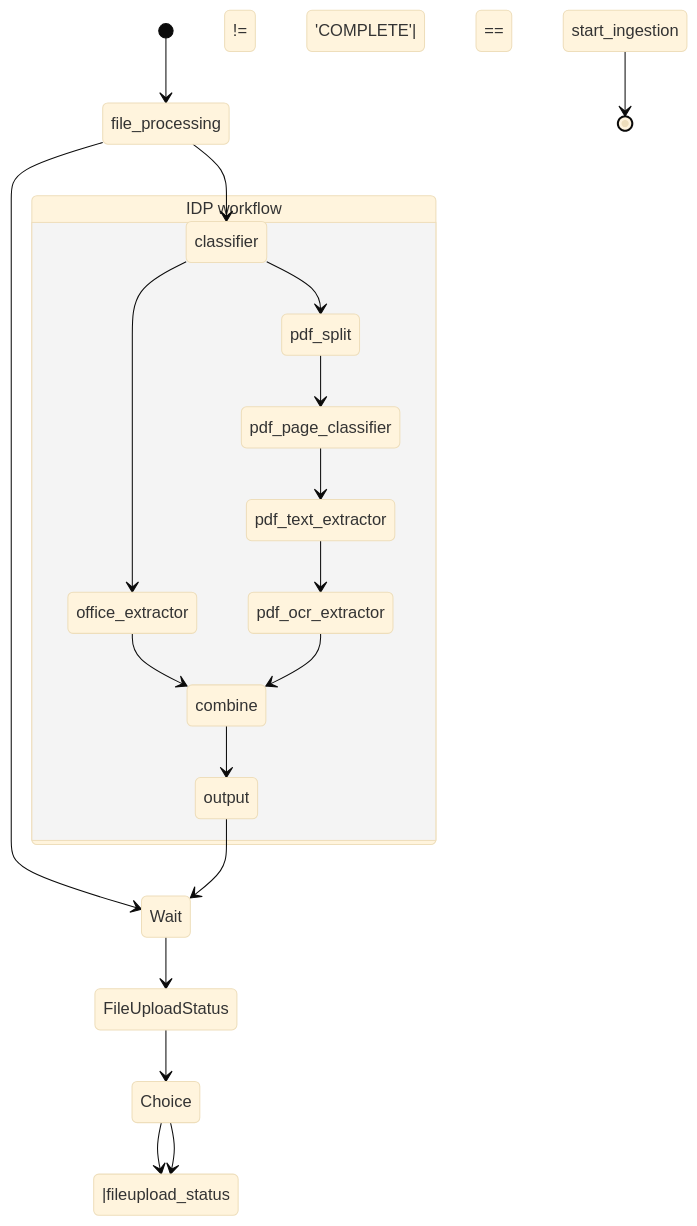
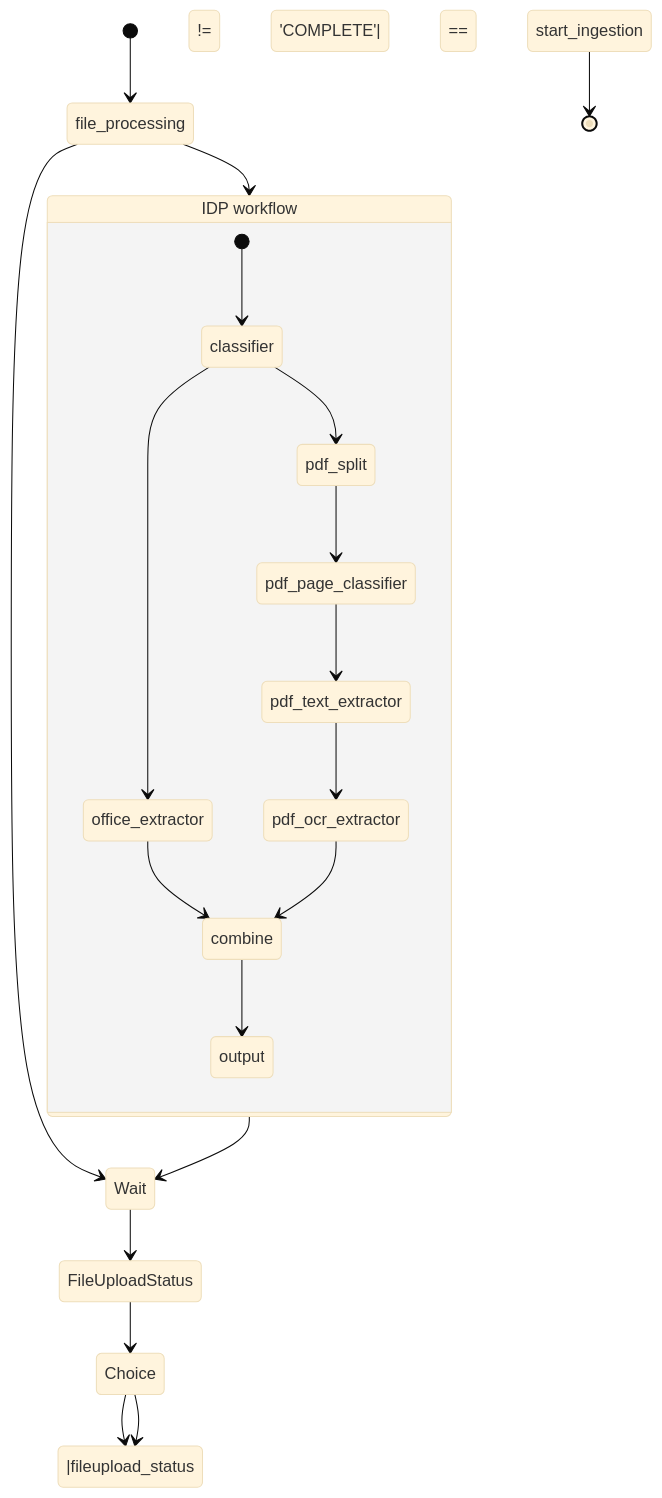
Before and after one commit to ksinha49/ai-workloads: the diagram in docs/file_ingestion_workflow.md, drawn with Mermaid (base theme). The commit also changed other lines of this file, not shown here.

Commit message:
docs: update file ingestion workflow diagram

````diff
--- a/docs/file_ingestion_workflow.md
+++ b/docs/file_ingestion_workflow.md
@@ -8,22 +8,23 @@
 ```mermaid
 stateDiagram-v2
     [*] --> file_processing
     file_processing --> Wait
-    file_processing --> classifier
+    file_processing --> idp_workflow
     state "IDP workflow" as idp_workflow {
+        [*] --> classifier
         classifier --> office_extractor
         classifier --> pdf_split
         pdf_split --> pdf_page_classifier
         pdf_page_classifier --> pdf_text_extractor
         pdf_text_extractor --> pdf_ocr_extractor
         office_extractor --> combine
         pdf_ocr_extractor --> combine
         combine --> output
     }
-    output --> Wait
+    idp_workflow --> Wait
     Wait --> FileUploadStatus
     FileUploadStatus --> Choice
     Choice -->|fileupload_status != 'COMPLETE'| Wait
     Choice -->|fileupload_status == 'COMPLETE'| start_ingestion
     start_ingestion --> [*]
 ```
````
